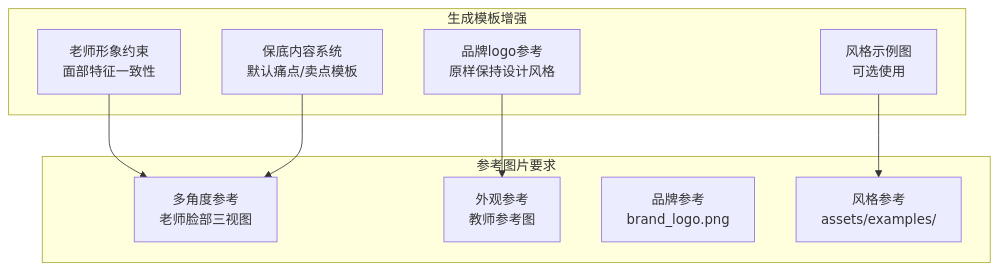
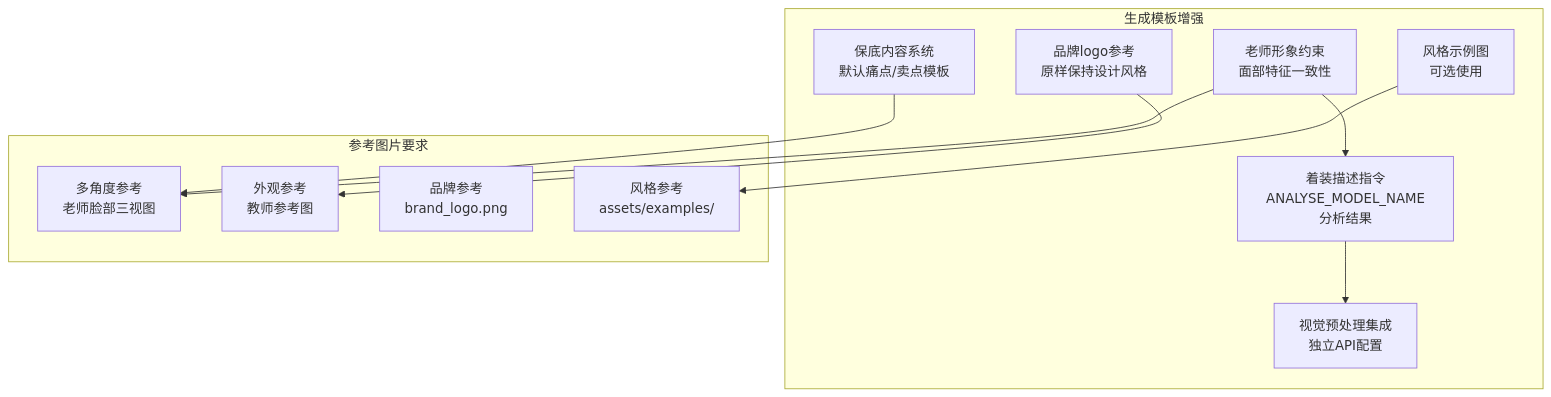
One commit to WongMingJiu/landingpage-test-hero-page changed diagram 15 of 18 in .qoder/repowiki/zh/content/配置和定制/配置和定制.md. Above: the diagram before and after it, drawn with Mermaid. The commit also changed other lines of this file and 7 other files, not shown here.

````diff
--- a/.qoder/repowiki/zh/content/配置和定制/配置和定制.md
+++ b/.qoder/repowiki/zh/content/配置和定制/配置和定制.md
@@ -569,19 +674,23 @@
 ```mermaid
 graph TB
 subgraph "生成模板增强"
 TeacherConstraints[老师形象约束<br/>面部特征一致性]
+OutfitInstruction[着装描述指令<br/>ANALYSE_MODEL_NAME分析结果]
 BrandLogo[品牌logo参考<br/>原样保持设计风格]
 StyleExamples[风格示例图<br/>可选使用]
 FallbackContent[保底内容系统<br/>默认痛点/卖点模板]
+VisualPreprocess[视觉预处理集成<br/>独立API配置]
 end
 subgraph "参考图片要求"
 MultiAngle[多角度参考<br/>老师脸部三视图]
 AppearanceRef[外观参考<br/>教师参考图]
 BrandRef[品牌参考<br/>brand_logo.png]
 StyleRef[风格参考<br/>assets/examples/]
 end
 TeacherConstraints --> MultiAngle
+TeacherConstraints --> OutfitInstruction
+OutfitInstruction --> VisualPreprocess
 BrandLogo --> AppearanceRef
 StyleExamples --> StyleRef
 FallbackContent --> MultiAngle
 ```
````
